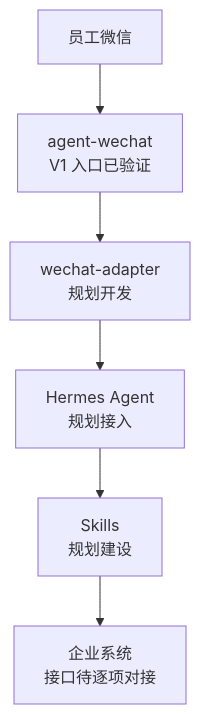
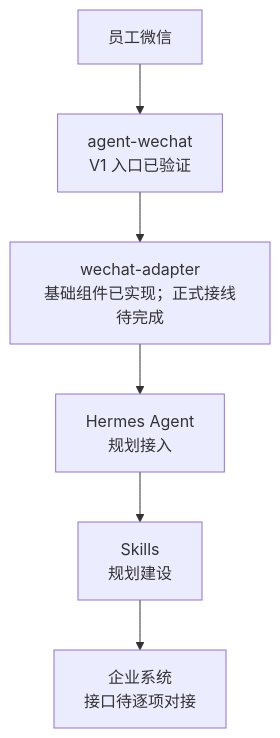
One commit to Tangbohu09527/CF_ecommerce-automation-docs changed the first of 3 diagrams in architecture/wechat-hermes-integration.md. Above: the diagram before and after it, drawn with Mermaid. The commit also changed other lines of this file and 8 other files, not shown here.

````diff
--- a/architecture/wechat-hermes-integration.md
+++ b/architecture/wechat-hermes-integration.md
@@ -29,8 +35,8 @@
 ```mermaid
 flowchart TB
     E["员工微信"] --> A["agent-wechat<br/>V1 入口已验证"]
-    A --> W["wechat-adapter<br/>规划开发"]
+    A --> W["wechat-adapter<br/>基础组件已实现；正式接线待完成"]
     W --> H["Hermes Agent<br/>规划接入"]
     H --> S["Skills<br/>规划建设"]
     S --> B["企业系统<br/>接口待逐项对接"]
 ```
````
